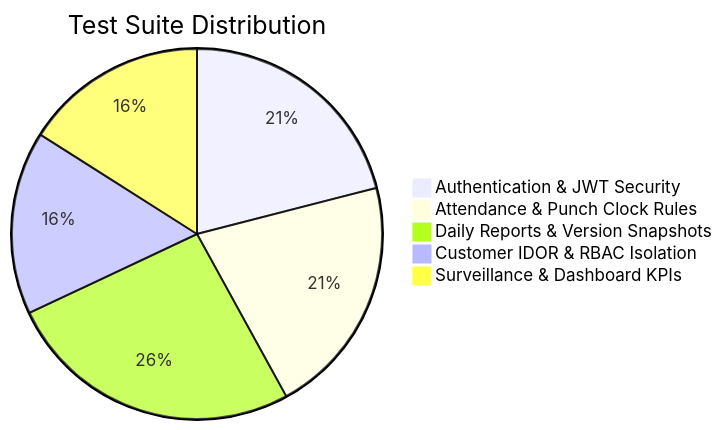
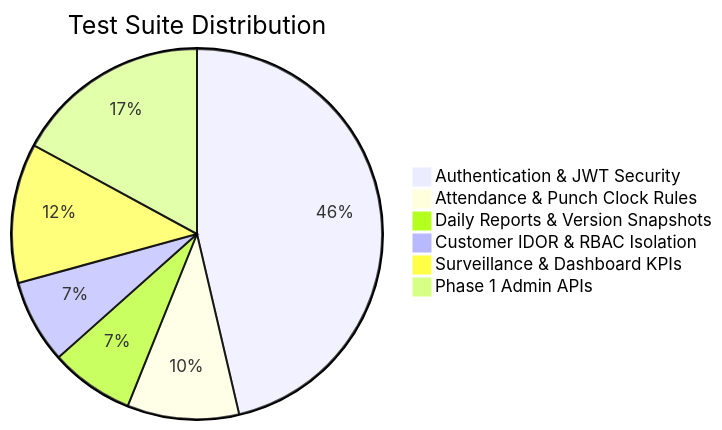
One commit to Harshilpatel0456/WorkTrack changed the diagram in docs/TESTING_STRATEGY.md. Above: the diagram before and after it, drawn with Mermaid. The commit also changed other lines of this file and 20 other files, not shown here.

Commit message:
Integrate Phase 1 admin APIs

````diff
--- a/docs/TESTING_STRATEGY.md
+++ b/docs/TESTING_STRATEGY.md
@@ -13,8 +13,9 @@
 ```mermaid
 pie title Test Suite Distribution
-    "Authentication & JWT Security" : 21
-    "Attendance & Punch Clock Rules" : 21
-    "Daily Reports & Version Snapshots" : 26
-    "Customer IDOR & RBAC Isolation" : 16
-    "Surveillance & Dashboard KPIs" : 16
+    "Authentication & JWT Security" : 19
+    "Attendance & Punch Clock Rules" : 4
+    "Daily Reports & Version Snapshots" : 3
+    "Customer IDOR & RBAC Isolation" : 3
+    "Surveillance & Dashboard KPIs" : 5
+    "Phase 1 Admin APIs" : 7
 ```
````
